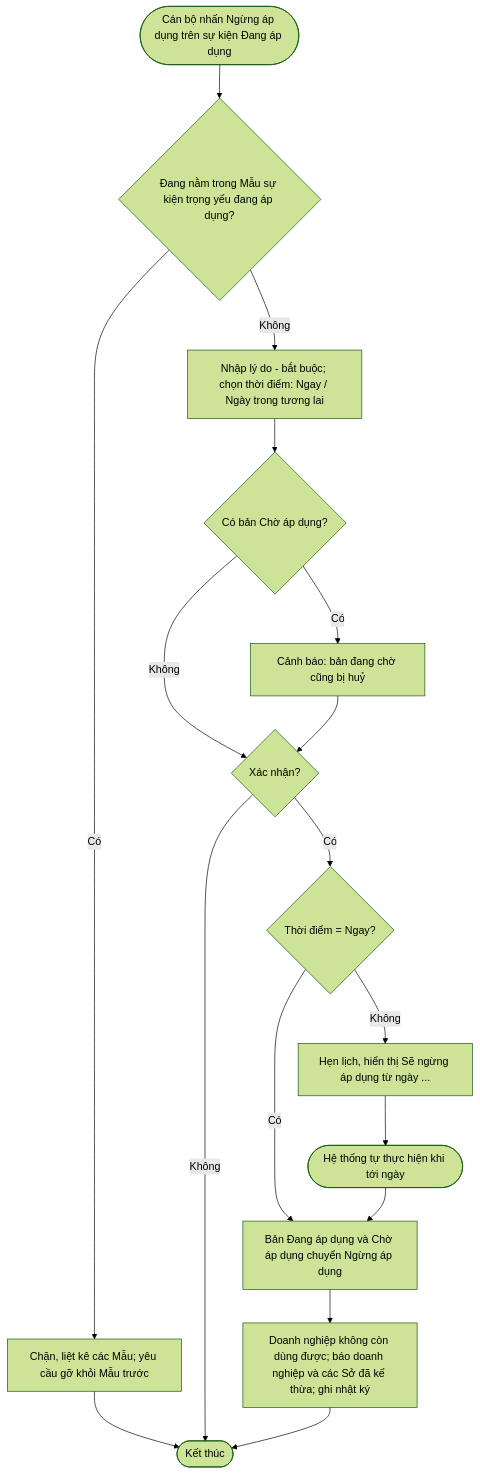
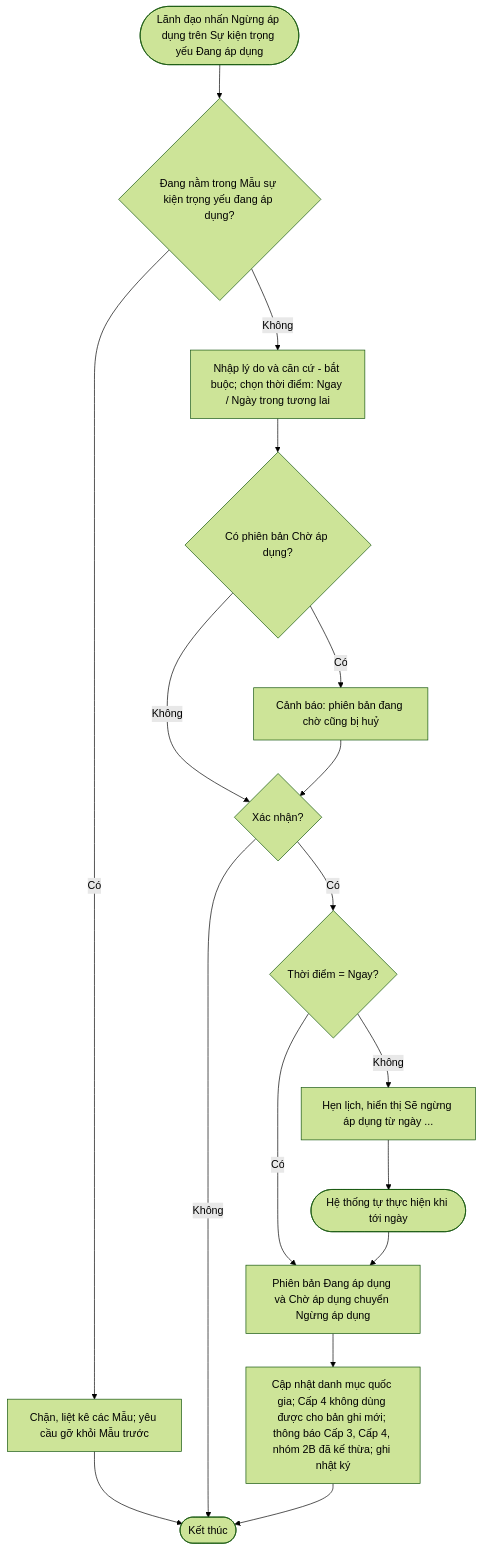
Before and after one commit to cuongnh-rd/ndatrace-attp: diagram 16 of 17 in docs/prd/PRD-Xay-dung-Su-kien-trong-yeu.md, drawn with Mermaid (forest theme). The commit also changed other lines of this file and 18 other files, not shown here.

First line of the commit message:
docs: PRD Xây dựng Sự kiện trọng yếu v6 - đối chiếu Quyển 2/3, bổ sung phê duyệt, quy tắc viết đầy đủ

````diff
--- a/docs/prd/PRD-Xay-dung-Su-kien-trong-yeu.md
+++ b/docs/prd/PRD-Xay-dung-Su-kien-trong-yeu.md
@@ -574,16 +1028,16 @@
 ```mermaid
 flowchart TD
-    A([Cán bộ nhấn Ngừng áp dụng trên sự kiện Đang áp dụng]) --> B{Đang nằm trong Mẫu sự kiện trọng yếu đang áp dụng?}
+    A([Lãnh đạo nhấn Ngừng áp dụng trên Sự kiện trọng yếu Đang áp dụng]) --> B{Đang nằm trong Mẫu sự kiện trọng yếu đang áp dụng?}
     B -- Có --> X1[Chặn, liệt kê các Mẫu; yêu cầu gỡ khỏi Mẫu trước] --> Z([Kết thúc])
-    B -- Không --> C[Nhập lý do - bắt buộc; chọn thời điểm: Ngay / Ngày trong tương lai]
-    C --> D{Có bản Chờ áp dụng?}
-    D -- Có --> E[Cảnh báo: bản đang chờ cũng bị huỷ]
+    B -- Không --> C[Nhập lý do và căn cứ - bắt buộc; chọn thời điểm: Ngay / Ngày trong tương lai]
+    C --> D{Có phiên bản Chờ áp dụng?}
+    D -- Có --> E[Cảnh báo: phiên bản đang chờ cũng bị huỷ]
     D -- Không --> F
     E --> F{Xác nhận?}
     F -- Không --> Z
     F -- Có --> G{Thời điểm = Ngay?}
-    G -- Có --> H[Bản Đang áp dụng và Chờ áp dụng chuyển Ngừng áp dụng]
+    G -- Có --> H[Phiên bản Đang áp dụng và Chờ áp dụng chuyển Ngừng áp dụng]
     G -- Không --> I[Hẹn lịch, hiển thị Sẽ ngừng áp dụng từ ngày ...]
     I --> J([Hệ thống tự thực hiện khi tới ngày]) --> H
-    H --> K[Doanh nghiệp không còn dùng được; báo doanh nghiệp và các Sở đã kế thừa; ghi nhật ký] --> Z
+    H --> K[Cập nhật danh mục quốc gia; Cấp 4 không dùng được cho bản ghi mới; thông báo Cấp 3, Cấp 4, nhóm 2B đã kế thừa; ghi nhật ký] --> Z
 ```
````
